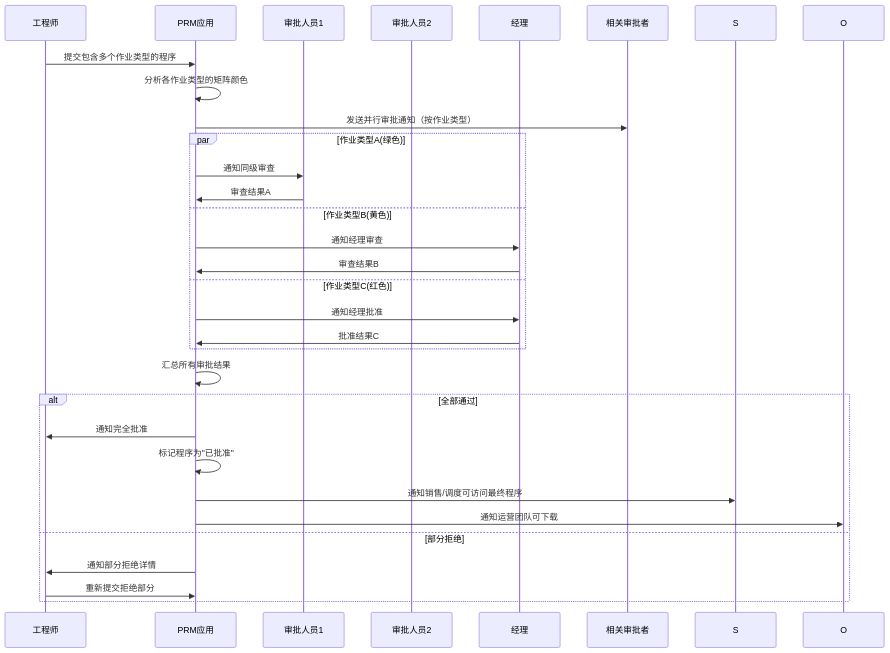
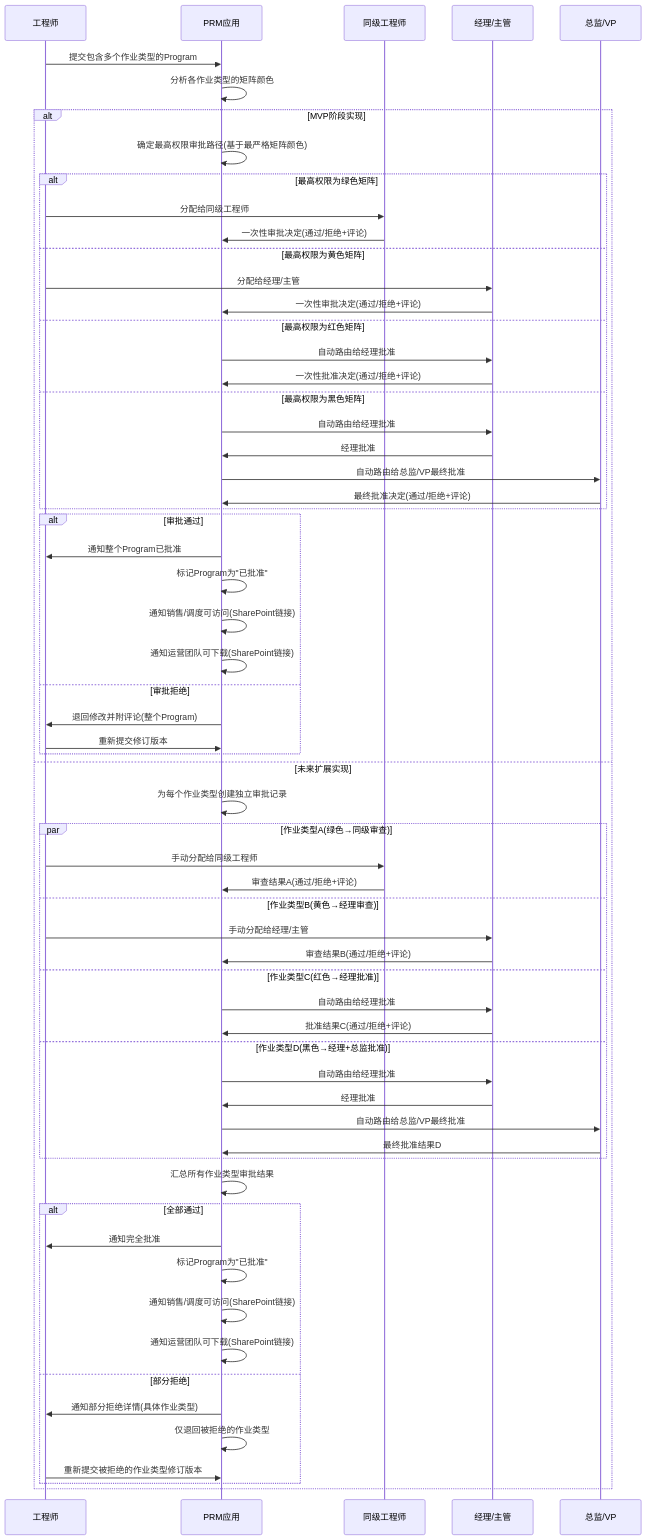
The third of 4 diagrams in Documents/01 - Cementing Service Invitation/03 - Request Job Design/Artifacts/Analysis/02-Design/003-系统用例.md (Sanjel-Energy-Services/eService_WorkItems), drawn with Mermaid before and after one commit. The commit also changed other lines of this file and 2 other files, not shown here.

First line of the commit message:
feat: Add Scrum-based project plan and Gantt charts for Program Request Management

````diff
--- a/Documents/01 - Cementing Service Invitation/03 - Request Job Design/Artifacts/Analysis/02-Design/003-系统用例.md
+++ b/Documents/01 - Cementing Service Invitation/03 - Request Job Design/Artifacts/Analysis/02-Design/003-系统用例.md
@@ -72,34 +80,67 @@
 ```mermaid
 sequenceDiagram
-    participant E as 工程师
-    participant FS as PRM应用
-    participant A1 as 审批人员1
-    participant A2 as 审批人员2
-    participant M as 经理
-    
-    E->>FS: 提交包含多个作业类型的程序
-    FS->>FS: 分析各作业类型的矩阵颜色
-    FS->>相关审批者: 发送并行审批通知（按作业类型）
-    
-    par 作业类型A(绿色)
-        FS->>A1: 通知同级审查
-        A1->>FS: 审查结果A
-    and 作业类型B(黄色)
-        FS->>M: 通知经理审查
-        M->>FS: 审查结果B
-    and 作业类型C(红色)
-        FS->>M: 通知经理批准
-        M->>FS: 批准结果C
-    end
-    
-    FS->>FS: 汇总所有审批结果
-    alt 全部通过
-        FS->>E: 通知完全批准
-        FS->>FS: 标记程序为"已批准"
-        FS->>S: 通知销售/调度可访问最终程序
-        FS->>O: 通知运营团队可下载
-    else 部分拒绝
-        FS->>E: 通知部分拒绝详情
-        E->>FS: 重新提交拒绝部分
-    end
+participant E as 工程师
+participant FS as PRM应用
+participant PR as 同级工程师
+participant M as 经理/主管
+participant D as 总监/VP
+
+E->>FS: 提交包含多个作业类型的Program
+FS->>FS: 分析各作业类型的矩阵颜色
+alt MVP阶段实现
+	FS->>FS: 确定最高权限审批路径(基于最严格矩阵颜色)
+	alt 最高权限为绿色矩阵
+		E->>PR: 分配给同级工程师
+		PR->>FS: 一次性审批决定(通过/拒绝+评论)
+	else 最高权限为黄色矩阵
+		E->>M: 分配给经理/主管
+		M->>FS: 一次性审批决定(通过/拒绝+评论)
+	else 最高权限为红色矩阵
+		FS->>M: 自动路由给经理批准
+		M->>FS: 一次性批准决定(通过/拒绝+评论)
+	else 最高权限为黑色矩阵
+		FS->>M: 自动路由给经理批准
+		M->>FS: 经理批准
+		FS->>D: 自动路由给总监/VP最终批准
+		D->>FS: 最终批准决定(通过/拒绝+评论)
+	end
+	alt 审批通过
+		FS->>E: 通知整个Program已批准
+		FS->>FS: 标记Program为"已批准"
+		FS->>FS: 通知销售/调度可访问(SharePoint链接)
+		FS->>FS: 通知运营团队可下载(SharePoint链接)
+	else 审批拒绝
+		FS->>E: 退回修改并附评论(整个Program)
+		E->>FS: 重新提交修订版本
+	end
+else 未来扩展实现
+	FS->>FS: 为每个作业类型创建独立审批记录
+	par 作业类型A(绿色→同级审查)
+		E->>PR: 手动分配给同级工程师
+		PR->>FS: 审查结果A(通过/拒绝+评论)
+	and 作业类型B(黄色→经理审查)
+		E->>M: 手动分配给经理/主管
+		M->>FS: 审查结果B(通过/拒绝+评论)
+	and 作业类型C(红色→经理批准)
+		FS->>M: 自动路由给经理批准
+		M->>FS: 批准结果C(通过/拒绝+评论)
+	and 作业类型D(黑色→经理+总监批准)
+		FS->>M: 自动路由给经理批准
+		M->>FS: 经理批准
+		FS->>D: 自动路由给总监/VP最终批准
+		D->>FS: 最终批准结果D
+	end
+	
+	FS->>FS: 汇总所有作业类型审批结果
+	alt 全部通过
+		FS->>E: 通知完全批准
+		FS->>FS: 标记Program为"已批准"
+		FS->>FS: 通知销售/调度可访问(SharePoint链接)
+		FS->>FS: 通知运营团队可下载(SharePoint链接)
+	else 部分拒绝
+		FS->>E: 通知部分拒绝详情(具体作业类型)
+		FS->>FS: 仅退回被拒绝的作业类型
+		E->>FS: 重新提交被拒绝的作业类型修订版本
+	end
+end
 ```
````
